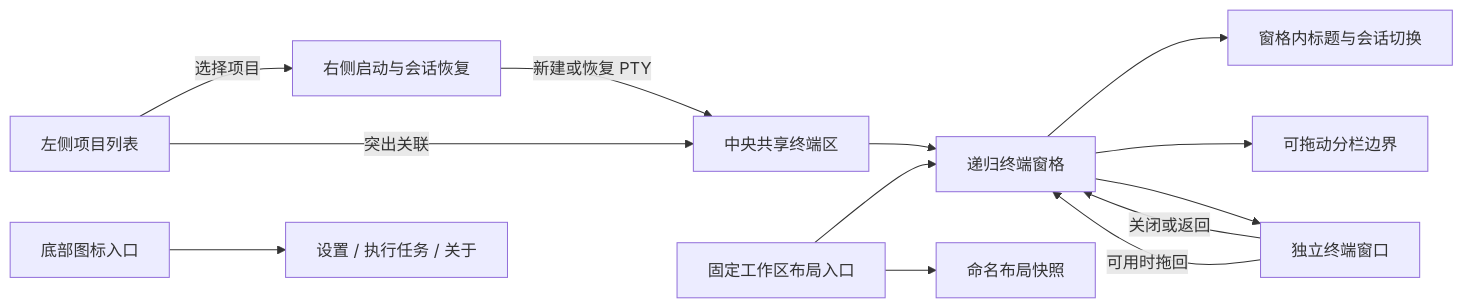
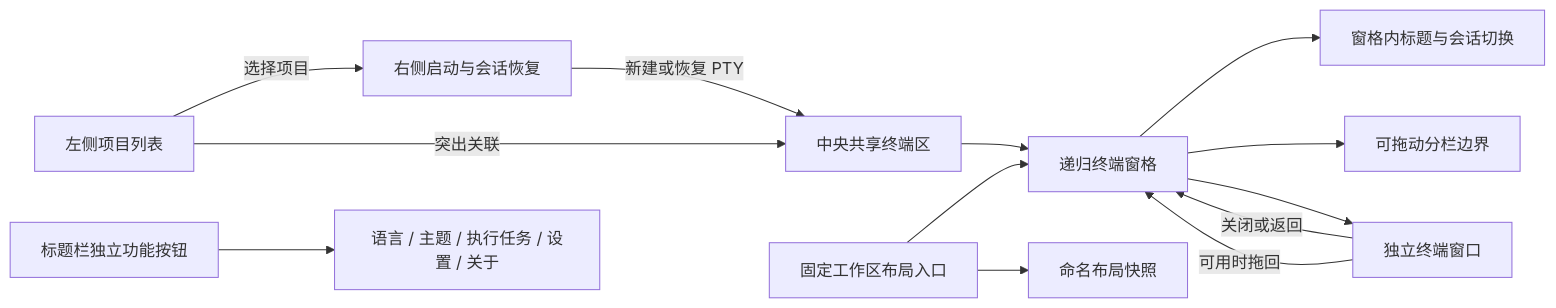
The diagram in docs/ui-design.md (SkyJourney/cli-launchpad), drawn with Mermaid before and after one commit. The commit also changed other lines of this file and 23 other files, not shown here.

````diff
--- a/docs/ui-design.md
+++ b/docs/ui-design.md
@@ -31,15 +38,15 @@
 ```mermaid
 flowchart LR
   projects["左侧项目列表"] -->|选择项目| context["右侧启动与会话恢复"]
   projects -->|突出关联| workspace["中央共享终端区"]
   context -->|新建或恢复 PTY| workspace
   workspace --> panes["递归终端窗格"]
   panes --> localTabs["窗格内标题与会话切换"]
   panes --> sashes["可拖动分栏边界"]
   workspaceControls["固定工作区布局入口"] --> panes
   workspaceControls --> presets["命名布局快照"]
   panes --> popout["独立终端窗口"]
   popout -->|关闭或返回| panes
   popout -->|可用时拖回| panes
-  auxiliary["底部图标入口"] --> settings["设置 / 执行任务 / 关于"]
+  titlebarUtilities["标题栏独立功能按钮"] --> utilities["语言 / 主题 / 执行任务 / 设置 / 关于"]
 ```
````
